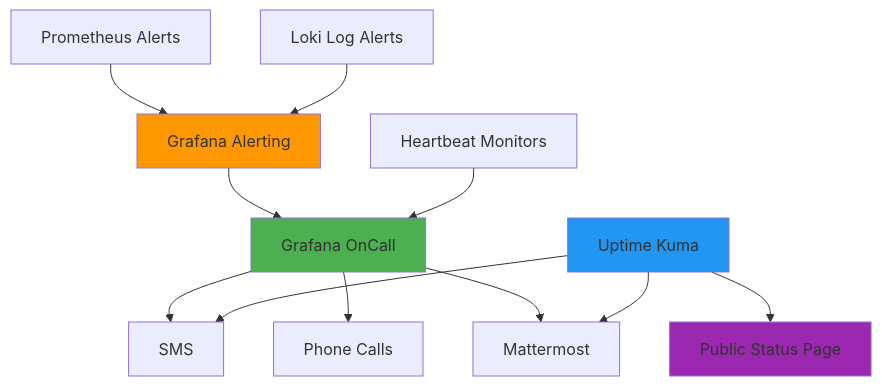
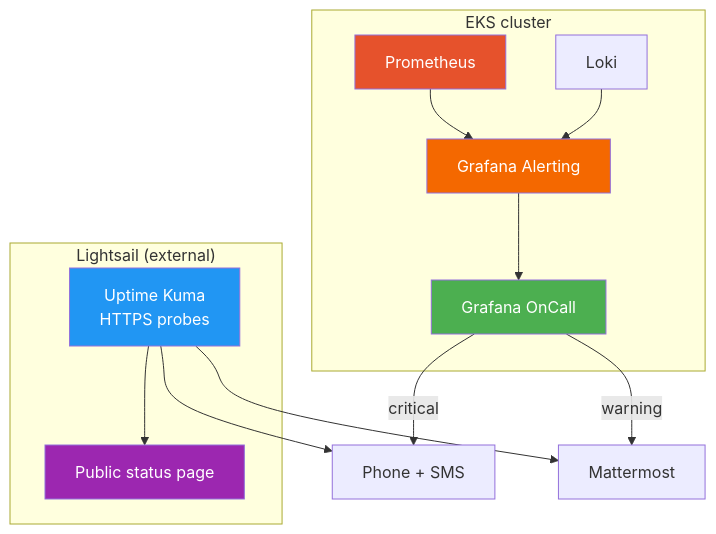
Before and after one commit to rayen-dhmaied/portfolio: the diagram in content/projects/work-projects/observability.md, drawn with Mermaid. The commit also changed other lines of this file and 10 other files, not shown here.

Commit message:
chore: rework diagrams, add new project and update content

````diff
--- a/content/projects/work-projects/observability.md
+++ b/content/projects/work-projects/observability.md
@@ -36,22 +36,24 @@
 ```mermaid
 graph TD
-    A[Prometheus Alerts] --> B[Grafana Alerting]
-    C[Loki Log Alerts] --> B
+    subgraph EKS ["EKS cluster"]
+        P[Prometheus] --> G[Grafana Alerting]
+        L[Loki] --> G
+        G --> OC[Grafana OnCall]
+    end
 
-    B --> D[Grafana OnCall]
+    OC -->|critical| PAGE[Phone + SMS]
+    OC -->|warning| MM[Mattermost]
 
-    D --> E[SMS]
-    D --> F[Phone Calls]
-    D --> G[Mattermost]
+    subgraph LS ["Lightsail (external)"]
+        UK[Uptime Kuma<br/>HTTPS probes] --> SP[Public status page]
+    end
 
-    H[Heartbeat Monitors] --> D
+    UK --> PAGE
+    UK --> MM
 
-    K[Uptime Kuma] --> E
-    K --> G
-    K --> P[Public Status Page]
-
-    style B fill:#FF9800
-    style D fill:#4CAF50
-    style K fill:#2196F3
-    style P fill:#9C27B0
+    style P fill:#E6522C,color:#fff
+    style G fill:#F46800,color:#fff
+    style OC fill:#4CAF50,color:#fff
+    style UK fill:#2196F3,color:#fff
+    style SP fill:#9C27B0,color:#fff
 ```
````
